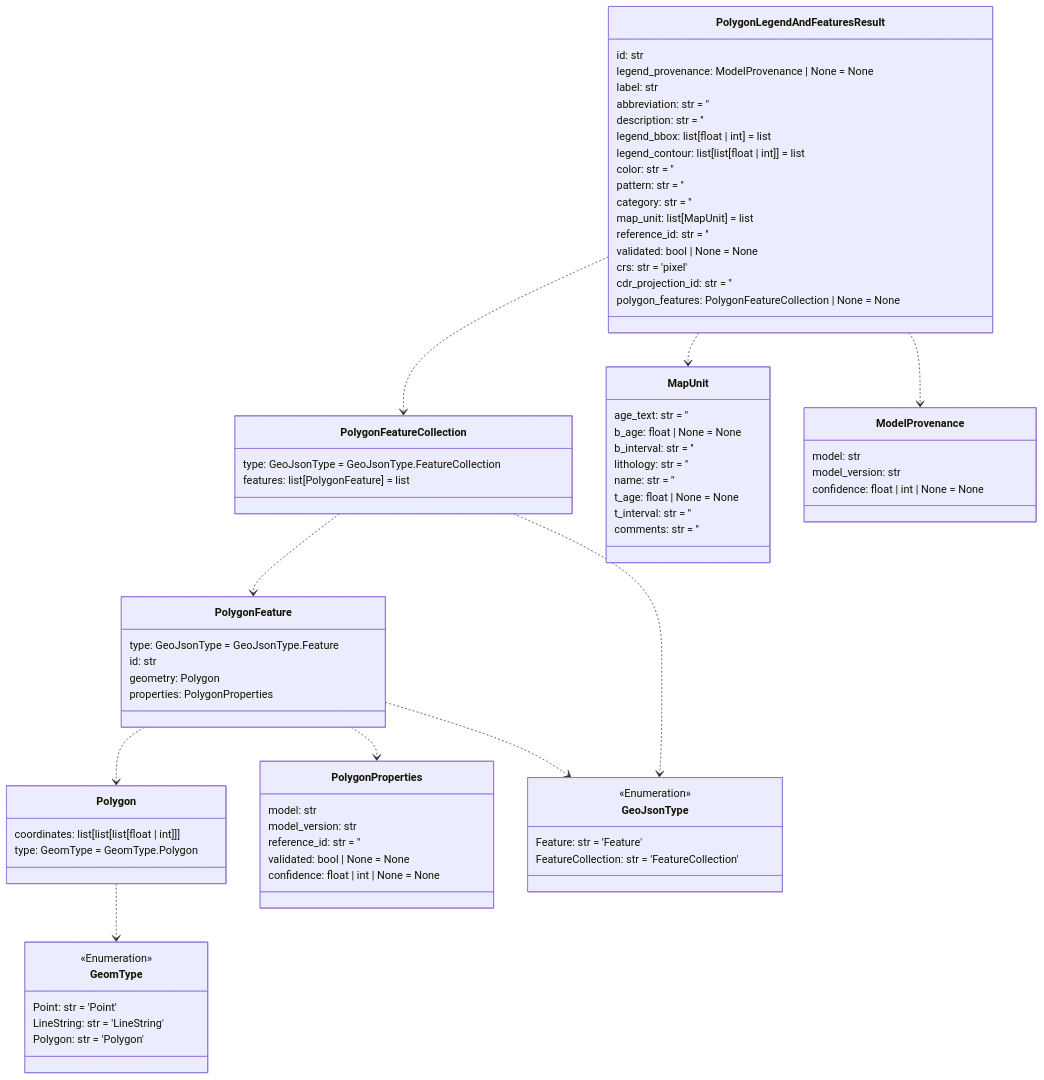
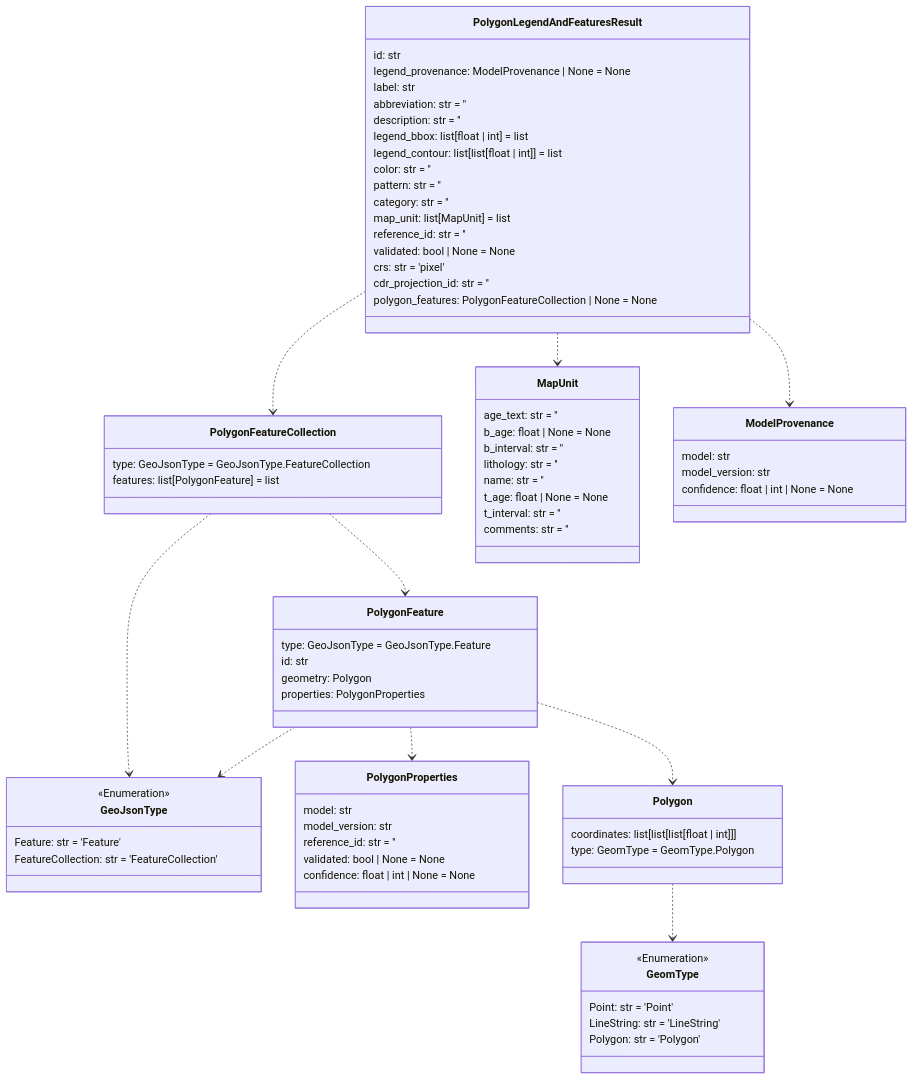
One commit to DARPA-CRITICALMAAS/cdr_schemas changed the seventh of 14 diagrams in README.md. Above: the diagram before and after it, drawn with Mermaid. The commit also changed other lines of this file and 1 other file, not shown here.

````diff
--- a/README.md
+++ b/README.md
@@ -544,23 +544,5 @@
 ```mermaid
 classDiagram
-
-    class Polygon {
-        coordinates: list[list[list[float | int]]]
-        type: GeomType = GeomType.Polygon
-    }
-
-    class PolygonFeatureCollection {
-        type: GeoJsonType = GeoJsonType.FeatureCollection
-        features: list[PolygonFeature] = list
-    }
-
-    class PolygonProperties {
-        model: str
-        model_version: str
-        reference_id: str = ''
-        validated: bool | None = None
-        confidence: float | int | None = None
-    }
 
     class GeoJsonType {
         <<Enumeration>>
@@ -568,35 +550,9 @@
         FeatureCollection: str = 'FeatureCollection'
     }
 
-    class MapUnit {
-        age_text: str = ''
-        b_age: float | None = None
-        b_interval: str = ''
-        lithology: str = ''
-        name: str = ''
-        t_age: float | None = None
-        t_interval: str = ''
-        comments: str = ''
-    }
-
-    class GeomType {
-        <<Enumeration>>
-        Point: str = 'Point'
-        LineString: str = 'LineString'
-        Polygon: str = 'Polygon'
-    }
-
-    class PolygonFeature {
-        type: GeoJsonType = GeoJsonType.Feature
-        id: str
-        geometry: Polygon
-        properties: PolygonProperties
-    }
-
-    class ModelProvenance {
-        model: str
-        model_version: str
-        confidence: float | int | None = None
+    class PolygonFeatureCollection {
+        type: GeoJsonType = GeoJsonType.FeatureCollection
+        features: list[PolygonFeature] = list
     }
 
     class PolygonLegendAndFeaturesResult {
@@ -618,10 +574,54 @@
         polygon_features: PolygonFeatureCollection | None = None
     }
 
+    class PolygonProperties {
+        model: str
+        model_version: str
+        reference_id: str = ''
+        validated: bool | None = None
+        confidence: float | int | None = None
+    }
+
+    class MapUnit {
+        age_text: str = ''
+        b_age: float | None = None
+        b_interval: str = ''
+        lithology: str = ''
+        name: str = ''
+        t_age: float | None = None
+        t_interval: str = ''
+        comments: str = ''
+    }
+
+    class GeomType {
+        <<Enumeration>>
+        Point: str = 'Point'
+        LineString: str = 'LineString'
+        Polygon: str = 'Polygon'
+    }
+
+    class ModelProvenance {
+        model: str
+        model_version: str
+        confidence: float | int | None = None
+    }
+
+    class PolygonFeature {
+        type: GeoJsonType = GeoJsonType.Feature
+        id: str
+        geometry: Polygon
+        properties: PolygonProperties
+    }
+
+    class Polygon {
+        coordinates: list[list[list[float | int]]]
+        type: GeomType = GeomType.Polygon
+    }
+
     Polygon ..> GeomType
+    PolygonFeature ..> PolygonProperties
+    PolygonFeature ..> GeoJsonType
     PolygonFeature ..> Polygon
-    PolygonFeature ..> GeoJsonType
-    PolygonFeature ..> PolygonProperties
     PolygonFeatureCollection ..> PolygonFeature
     PolygonFeatureCollection ..> GeoJsonType
     PolygonLegendAndFeaturesResult ..> MapUnit
````
